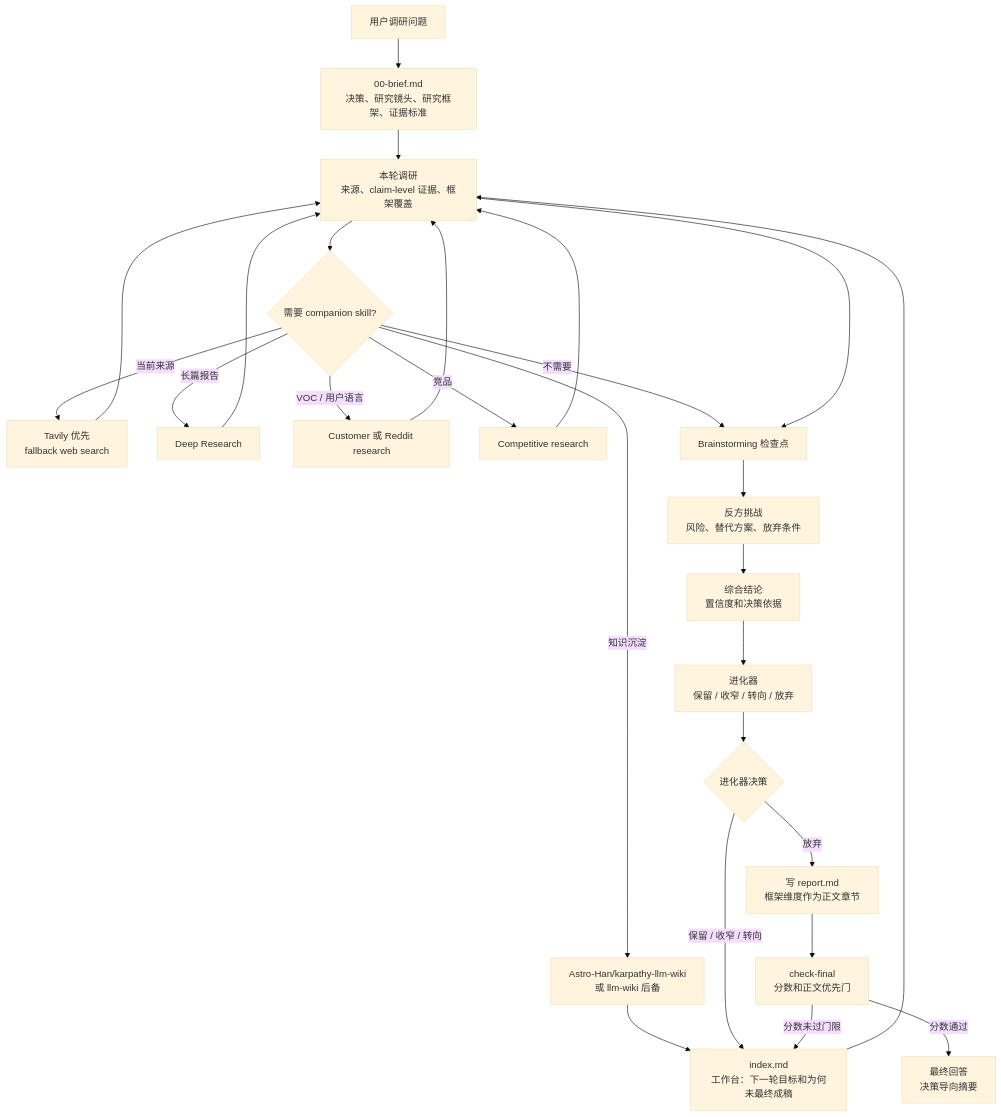
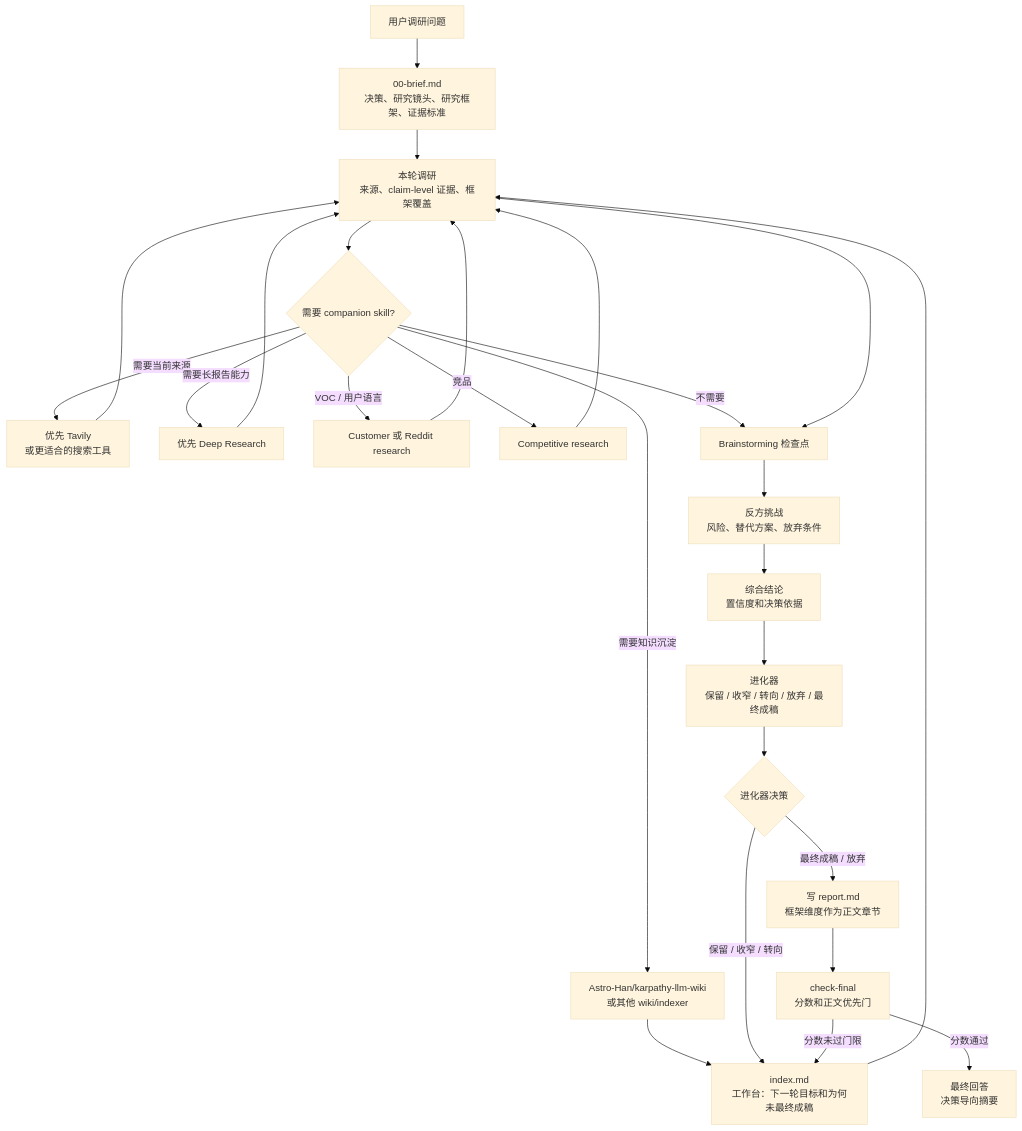
Before and after one commit to GoatGit/super-survey: the diagram in README.zh-CN.md, drawn with Mermaid (base theme). The commit also changed other lines of this file and 7 other files, not shown here.

````diff
--- a/README.zh-CN.md
+++ b/README.zh-CN.md
@@ -186,28 +190,28 @@
 ```mermaid
 flowchart TD
     A[用户调研问题] --> B[00-brief.md<br/>决策、研究镜头、研究框架、证据标准]
     B --> C[本轮调研<br/>来源、claim-level 证据、框架覆盖]
     C --> D{需要 companion skill?}
-    D -->|当前来源| D1[Tavily 优先<br/>fallback web search]
-    D -->|长篇报告| D2[Deep Research]
+    D -->|需要当前来源| D1[优先 Tavily<br/>或更适合的搜索工具]
+    D -->|需要长报告能力| D2[优先 Deep Research]
     D -->|VOC / 用户语言| D3[Customer 或 Reddit research]
     D -->|竞品| D4[Competitive research]
-    D -->|知识沉淀| D5[Astro-Han/karpathy-llm-wiki<br/>或 llm-wiki 后备]
+    D -->|需要知识沉淀| D5[Astro-Han/karpathy-llm-wiki<br/>或其他 wiki/indexer]
     D -->|不需要| E[Brainstorming 检查点]
     D1 --> C
     D2 --> C
     D3 --> C
     D4 --> C
     D5 --> I[index.md]
     C --> E[Brainstorming 检查点]
     E --> F[反方挑战<br/>风险、替代方案、放弃条件]
     F --> G[综合结论<br/>置信度和决策依据]
-    G --> H[进化器<br/>保留 / 收窄 / 转向 / 放弃]
+    G --> H[进化器<br/>保留 / 收窄 / 转向 / 放弃 / 最终成稿]
     H --> Q{进化器决策}
     Q -->|保留 / 收窄 / 转向| I[index.md<br/>工作台：下一轮目标和为何未最终成稿]
     I --> C
-    Q -->|放弃| J[写 report.md<br/>框架维度作为正文章节]
+    Q -->|最终成稿 / 放弃| J[写 report.md<br/>框架维度作为正文章节]
     J --> R[check-final<br/>分数和正文优先门]
     R -->|分数未过门限| I
     R -->|分数通过| K[最终回答<br/>决策导向摘要]
 ```
````
